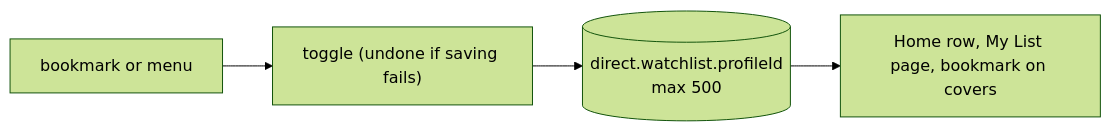
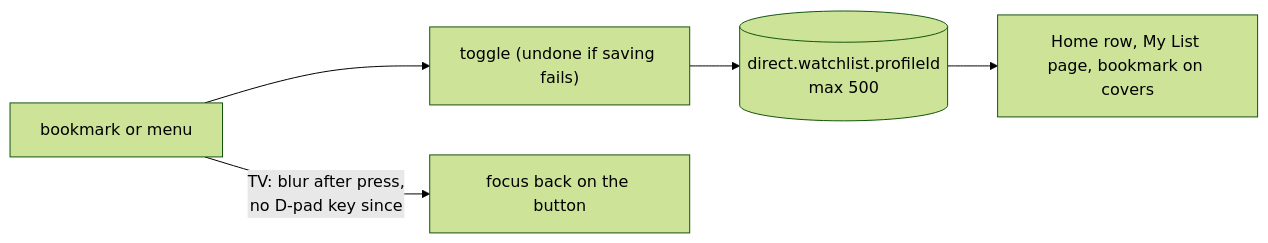
Diagram 31 of 44 in documentation/FEATURES-TECHNICAL.md (brunoccst/iptv-player), drawn with Mermaid (forest theme) before and after one commit. The commit also changed other lines of this file and 8 other files, not shown here.

First line of the commit message:
TV: the details' My List button keeps the focus after a press (D-170)

````diff
--- a/documentation/FEATURES-TECHNICAL.md
+++ b/documentation/FEATURES-TECHNICAL.md
@@ -559,6 +559,7 @@
 ```mermaid
 flowchart LR
   B[bookmark or menu] --> T["toggle (undone if saving fails)"]
   T --> S[("direct.watchlist.profileId<br/>max 500")]
   S --> H[Home row, My List page, bookmark on covers]
+  B -->|TV: blur after press,<br/>no D-pad key since| F[focus back on the button]
 ```
````
